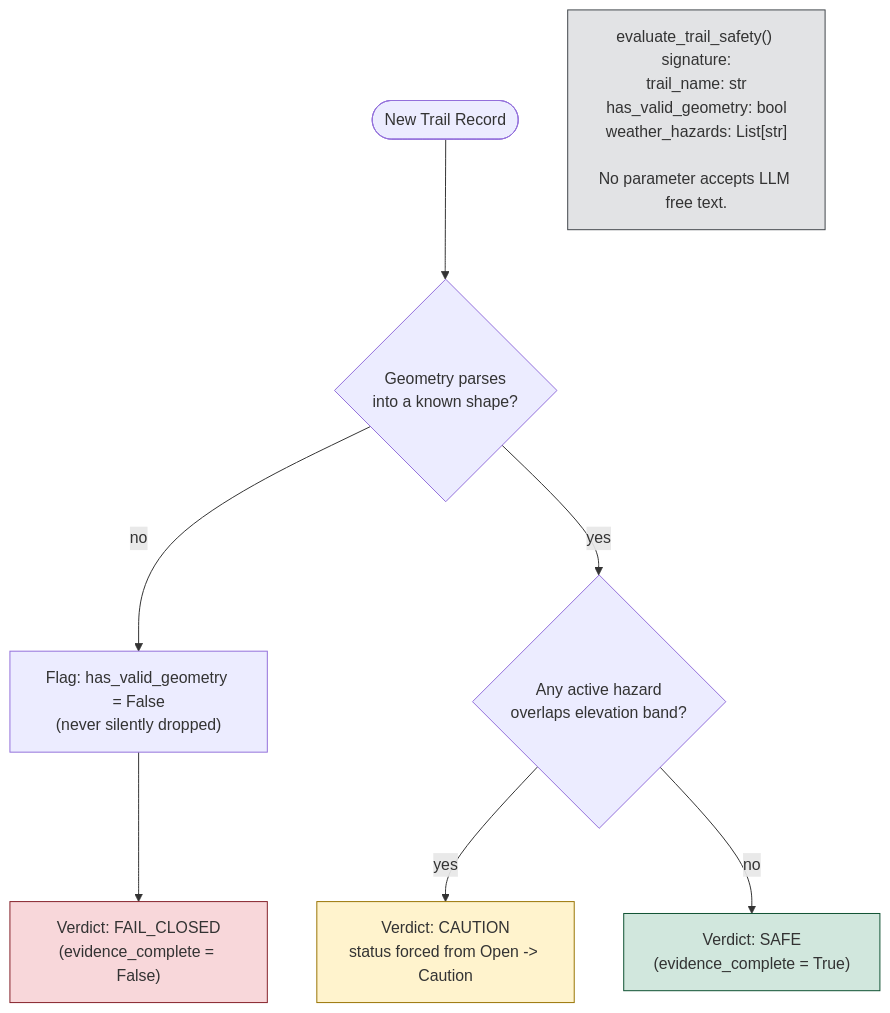
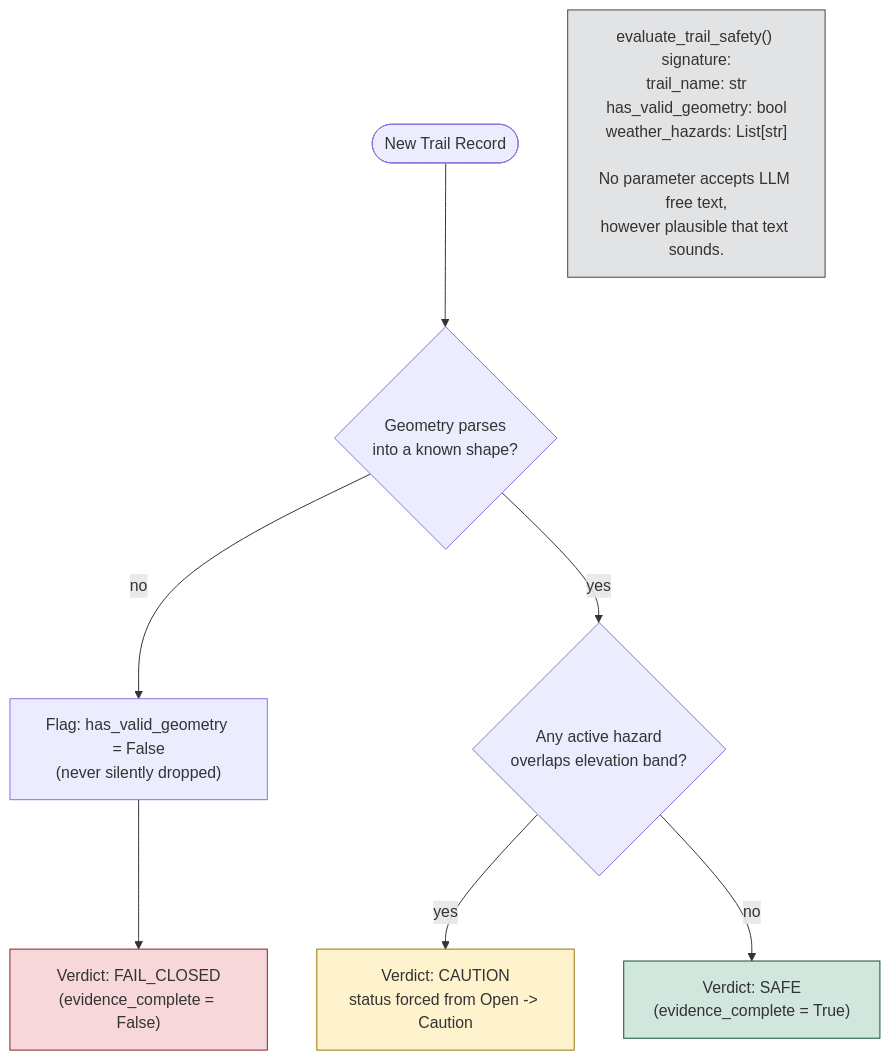
One commit to mohitagr18/ch01-production-reality changed the diagram in workflow/03_fail_closed_decision_flow.md. Above: the diagram before and after it, drawn with Mermaid. The commit also changed other lines of this file and 4 other files, not shown here.

Commit message:
Suppress AFC warning, rewrite README in book tone with real transcript, refresh diagrams

````diff
--- a/workflow/03_fail_closed_decision_flow.md
+++ b/workflow/03_fail_closed_decision_flow.md
@@ -6,17 +7,17 @@
 ```mermaid
 flowchart TD
     Start(["New Trail Record"]) --> G{"Geometry parses<br/>into a known shape?"}
     G -- "no" --> Flag["Flag: has_valid_geometry = False<br/>(never silently dropped)"]
     Flag --> FC["Verdict: FAIL_CLOSED<br/>(evidence_complete = False)"]
 
     G -- "yes" --> H{"Any active hazard<br/>overlaps elevation band?"}
     H -- "yes" --> CA["Verdict: CAUTION<br/>status forced from Open -> Caution"]
     H -- "no" --> SA["Verdict: SAFE<br/>(evidence_complete = True)"]
 
-    NOTE["evaluate_trail_safety() signature:<br/>trail_name: str<br/>has_valid_geometry: bool<br/>weather_hazards: List[str]<br/><br/>No parameter accepts LLM free text."]
+    NOTE["evaluate_trail_safety() signature:<br/>trail_name: str<br/>has_valid_geometry: bool<br/>weather_hazards: List[str]<br/><br/>No parameter accepts LLM free text,<br/>however plausible that text sounds."]
 
     style FC fill:#f8d7da,stroke:#842029
     style CA fill:#fff3cd,stroke:#997404
     style SA fill:#d1e7dd,stroke:#0f5132
     style NOTE fill:#e2e3e5,stroke:#41464b
 ```
````
